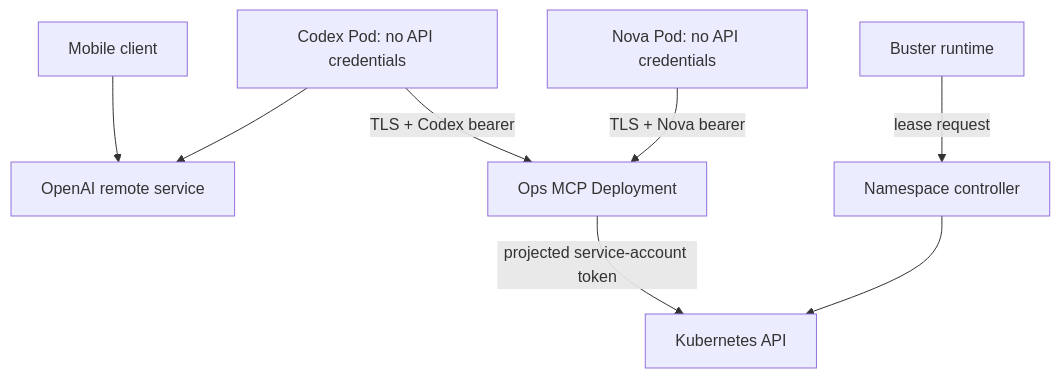
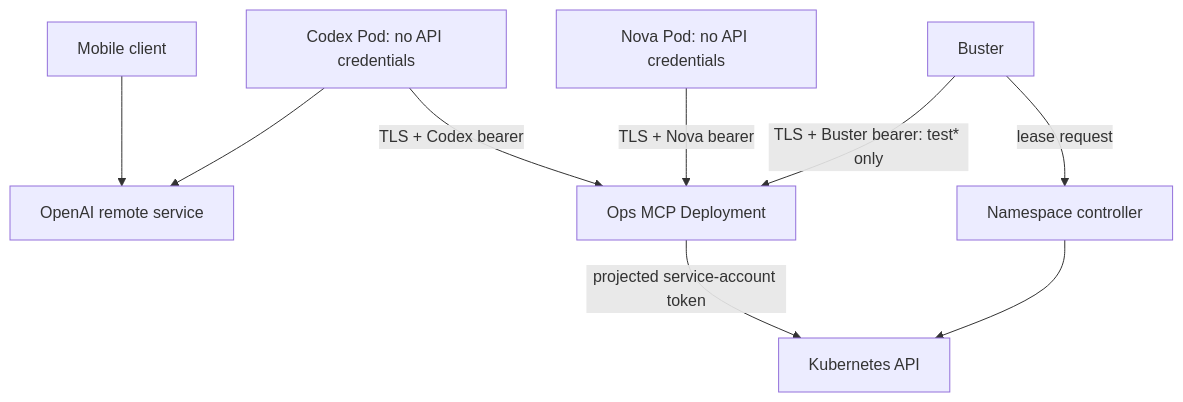
Before and after one commit to datrab/kubeclaw: the diagram in docs/architecture/ops-pod.md, drawn with Mermaid. The commit also changed other lines of this file and 20 other files, not shown here.

Commit message:
Authorize all test namespaces centrally for Ops Nova and Buster

````diff
--- a/docs/architecture/ops-pod.md
+++ b/docs/architecture/ops-pod.md
@@ -54,10 +54,11 @@
 ```mermaid
 flowchart TD
   Mobile["Mobile client"] --> Relay["OpenAI remote service"]
   Codex["Codex Pod: no API credentials"] -->|"TLS + Codex bearer"| MCP["Ops MCP Deployment"]
   Nova["Nova Pod: no API credentials"] -->|"TLS + Nova bearer"| MCP
   Codex --> Relay
   MCP -->|"projected service-account token"| API["Kubernetes API"]
-  Buster["Buster runtime"] -->|"lease request"| Broker["Namespace controller"]
+  Buster["Buster"] -->|"TLS + Buster bearer: test* only"| MCP
+  Buster -->|"lease request"| Broker["Namespace controller"]
   Broker --> API
 ```
````
